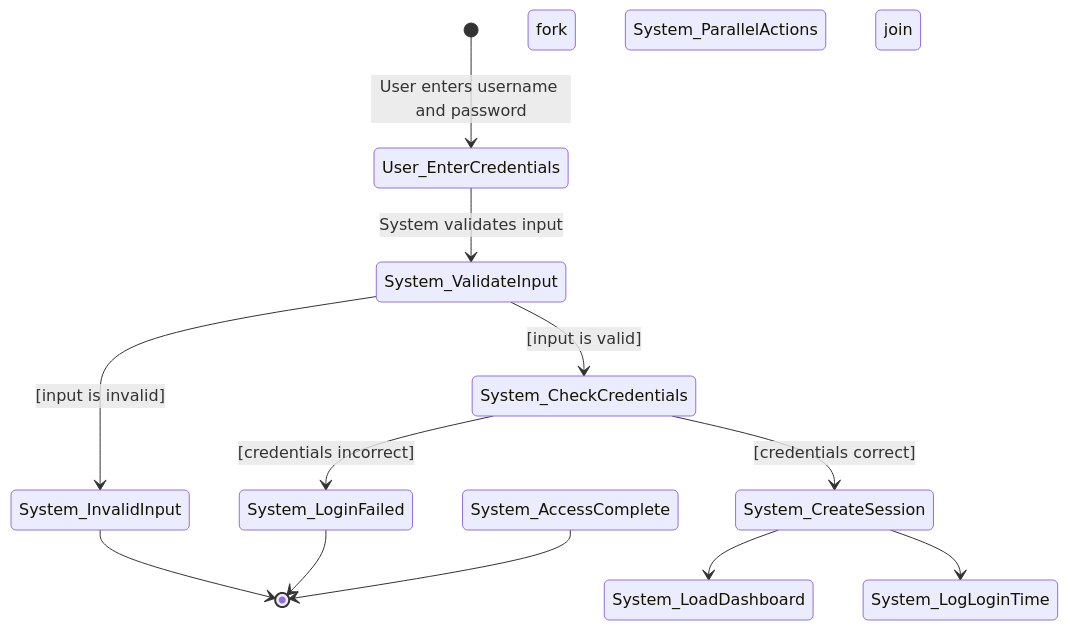
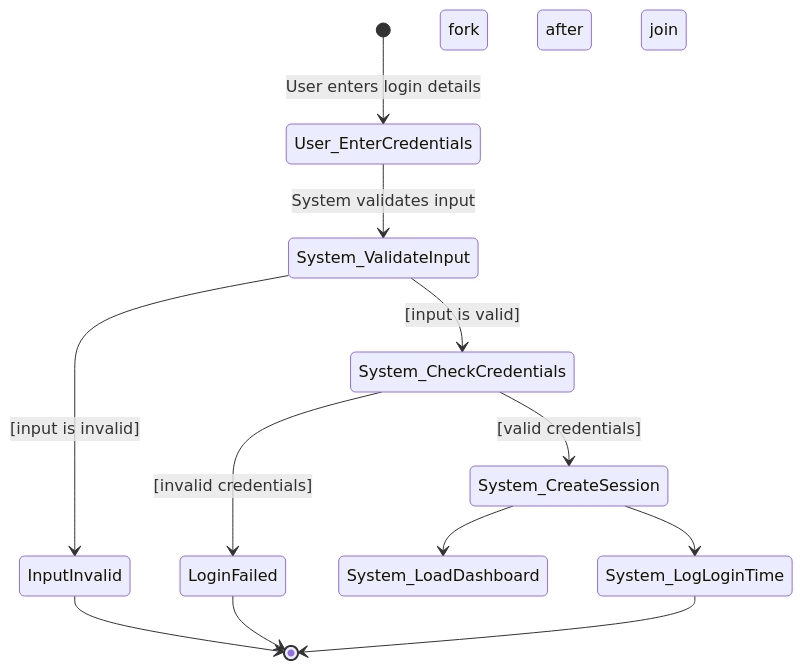
The diagram in Activity_diagrams.md (NdumisoCPUT/informal-business-management), drawn with Mermaid before and after one commit.

````diff
--- a/Activity_diagrams.md
+++ b/Activity_diagrams.md
@@ -1,21 +1,21 @@
 ```mermaid
 stateDiagram-v2
-    [*] --> User_EnterCredentials : User enters username and password
+    [*] --> User_EnterCredentials : User enters login details
     User_EnterCredentials --> System_ValidateInput : System validates input
 
-    System_ValidateInput --> System_InvalidInput : [input is invalid]
-    System_InvalidInput --> [*]
+    System_ValidateInput --> InputInvalid : [input is invalid]
+    InputInvalid --> [*]
 
     System_ValidateInput --> System_CheckCredentials : [input is valid]
-    System_CheckCredentials --> System_LoginFailed : [credentials incorrect]
-    System_LoginFailed --> [*]
+    System_CheckCredentials --> LoginFailed : [invalid credentials]
+    LoginFailed --> [*]
 
-    System_CheckCredentials --> System_CreateSession : [credentials correct]
+    System_CheckCredentials --> System_CreateSession : [valid credentials]
 
-    fork System_ParallelActions
+    fork after System_CreateSession
         System_CreateSession --> System_LoadDashboard
         System_CreateSession --> System_LogLoginTime
-    join System_AccessComplete
+    join after System_LogLoginTime
 
-    System_AccessComplete --> [*]
+    System_LogLoginTime --> [*]
 ```
````
